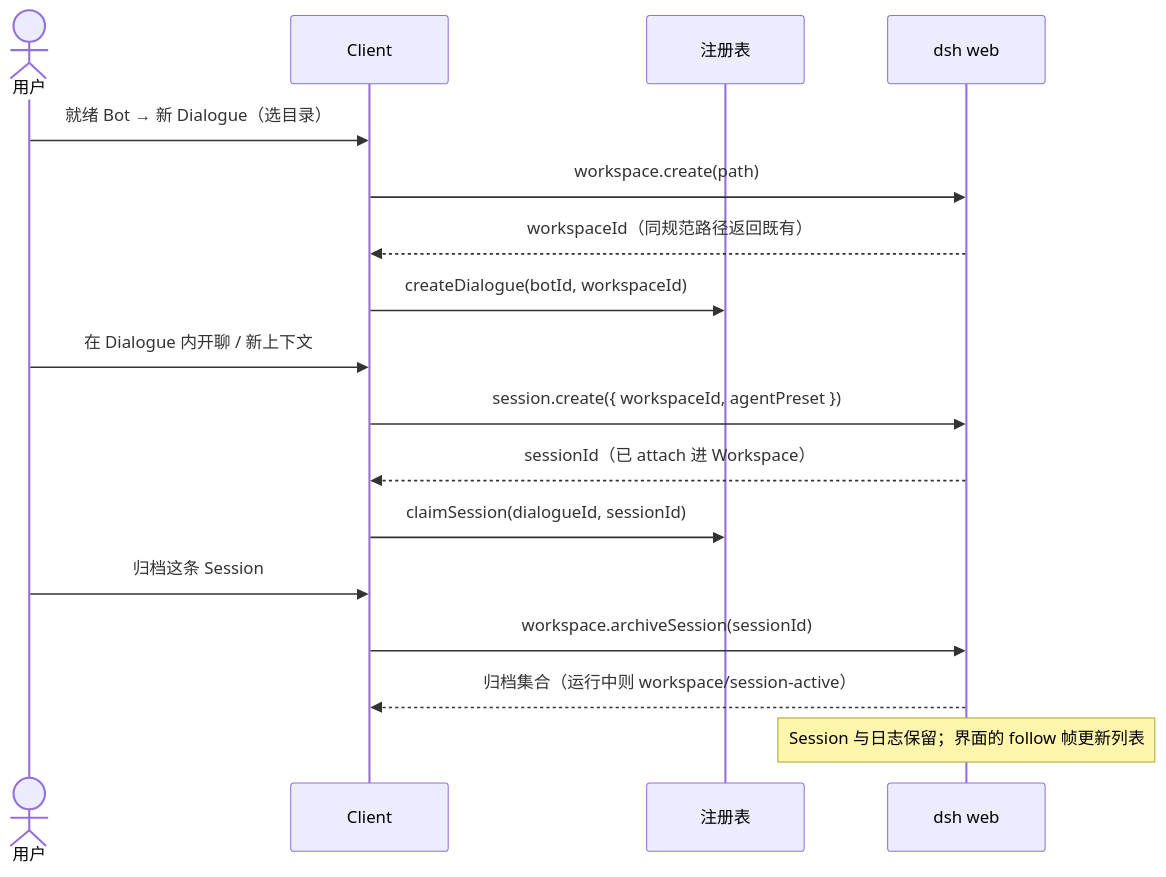
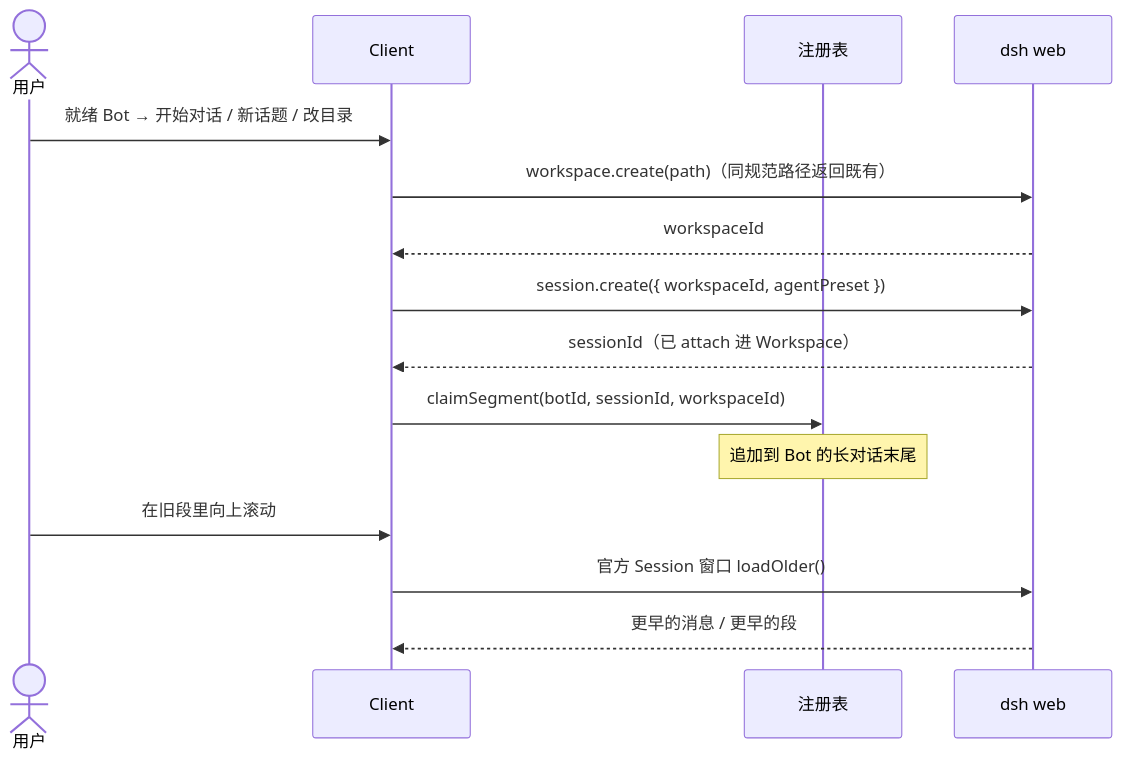
One commit to aningdev/MyAid changed the fifth of 6 diagrams in docs/BOT_SESSION_MAP.md. Above: the diagram before and after it, drawn with Mermaid. The commit also changed other lines of this file and 58 other files, not shown here.

````diff
--- a/docs/BOT_SESSION_MAP.md
+++ b/docs/BOT_SESSION_MAP.md
@@ -110,20 +105,18 @@
 ```mermaid
 sequenceDiagram
   actor U as 用户
   participant UI as Client
   participant Reg as 注册表
   participant DSH as dsh web
 
-  U->>UI: 就绪 Bot → 新 Dialogue（选目录）
-  UI->>DSH: workspace.create(path)
-  DSH-->>UI: workspaceId（同规范路径返回既有）
-  UI->>Reg: createDialogue(botId, workspaceId)
-  U->>UI: 在 Dialogue 内开聊 / 新上下文
+  U->>UI: 就绪 Bot → 开始对话 / 新话题 / 改目录
+  UI->>DSH: workspace.create(path)（同规范路径返回既有）
+  DSH-->>UI: workspaceId
   UI->>DSH: session.create({ workspaceId, agentPreset })
   DSH-->>UI: sessionId（已 attach 进 Workspace）
-  UI->>Reg: claimSession(dialogueId, sessionId)
-  U->>UI: 归档这条 Session
-  UI->>DSH: workspace.archiveSession(sessionId)
-  DSH-->>UI: 归档集合（运行中则 workspace/session-active）
-  Note over DSH: Session 与日志保留；界面的 follow 帧更新列表
+  UI->>Reg: claimSegment(botId, sessionId, workspaceId)
+  Note over Reg: 追加到 Bot 的长对话末尾
+  U->>UI: 在旧段里向上滚动
+  UI->>DSH: 官方 Session 窗口 loadOlder()
+  DSH-->>UI: 更早的消息 / 更早的段
 ```
````
